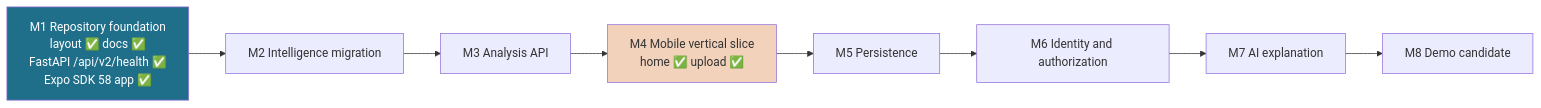
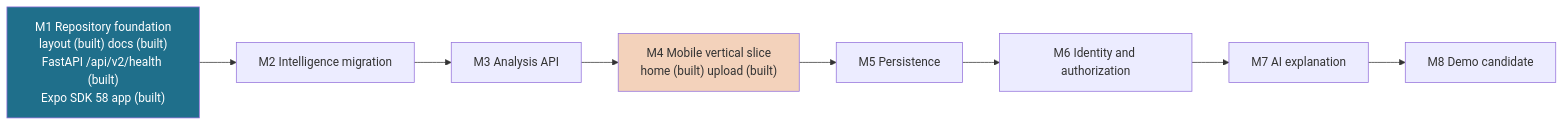
Diagram 11 of 11 in docs/architecture/V2_ARCHITECTURE_DIAGRAMS.md (raul559/Capstone460v2), drawn with Mermaid before and after one commit. The commit also changed other lines of this file and 7 other files, not shown here.

````diff
--- a/docs/architecture/V2_ARCHITECTURE_DIAGRAMS.md
+++ b/docs/architecture/V2_ARCHITECTURE_DIAGRAMS.md
@@ -464,16 +464,16 @@
 ```mermaid
 flowchart LR
-    m1["M1 Repository foundation<br/>layout ✅ docs ✅<br/>FastAPI /api/v2/health ✅<br/>Expo SDK 58 app ✅"]
+    m1["M1 Repository foundation<br/>layout (built) docs (built)<br/>FastAPI /api/v2/health (built)<br/>Expo SDK 58 app (built)"]
     m2["M2 Intelligence migration"]
     m3["M3 Analysis API"]
-    m4["M4 Mobile vertical slice<br/>home ✅ upload ✅"]
+    m4["M4 Mobile vertical slice<br/>home (built) upload (built)"]
     m5["M5 Persistence"]
     m6["M6 Identity and authorization"]
     m7["M7 AI explanation"]
     m8["M8 Demo candidate"]
 
     m1 --> m2 --> m3 --> m4 --> m5 --> m6 --> m7 --> m8
 
     style m1 fill:#1f6f8b,color:#ffffff
     style m4 fill:#f3d2bb
 ```
````
